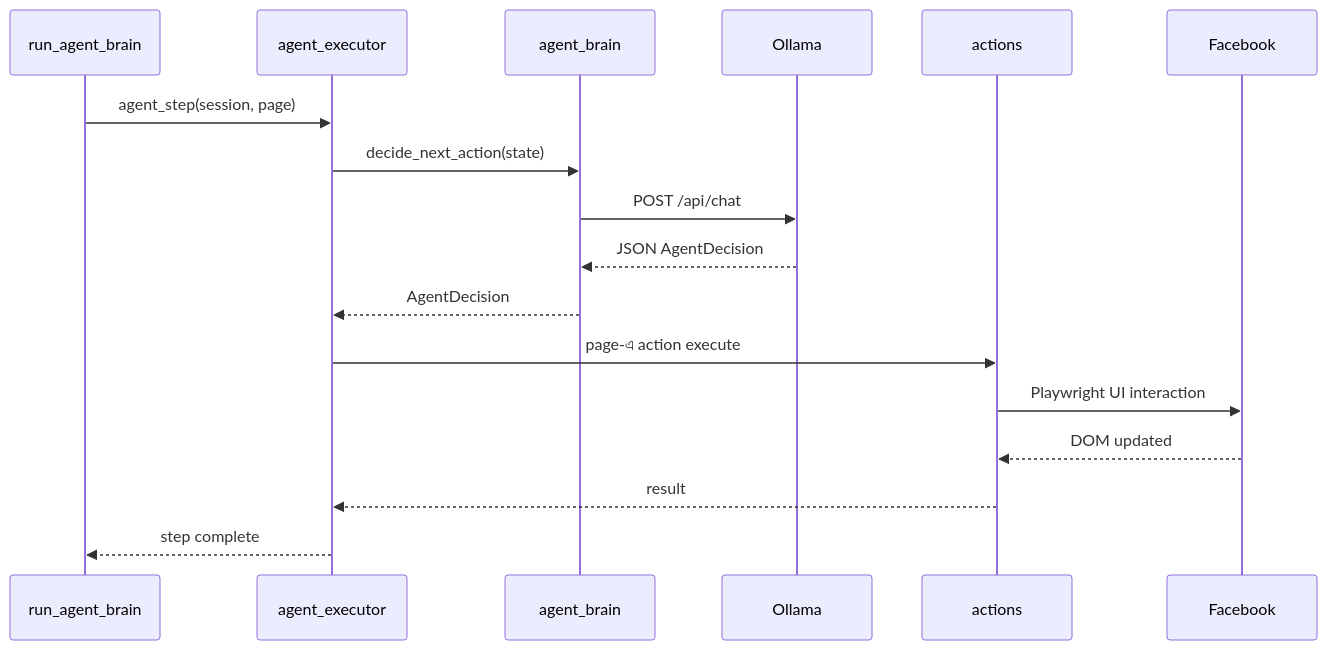
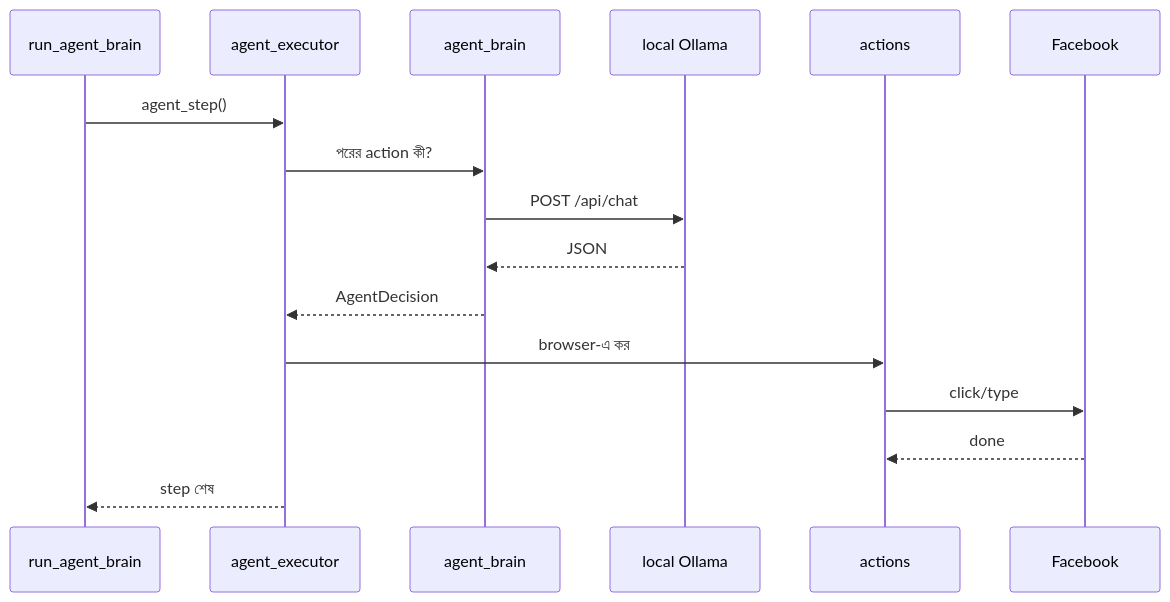
The third of 4 diagrams in docs/SYSTEM_DESIGN_BN.md (mohammad-al-samiul/facebook-bot), drawn with Mermaid before and after one commit. The commit also changed other lines of this file and 1 other file, not shown here.

````diff
--- a/docs/SYSTEM_DESIGN_BN.md
+++ b/docs/SYSTEM_DESIGN_BN.md
@@ -431,20 +381,19 @@
 ```mermaid
 sequenceDiagram
     participant R as run_agent_brain
     participant E as agent_executor
     participant B as agent_brain
-    participant O as Ollama
+    participant O as local Ollama
     participant A as actions
     participant F as Facebook
 
-    R->>E: agent_step(session, page)
-    E->>B: decide_next_action(state)
+    R->>E: agent_step()
+    E->>B: পরের action কী?
     B->>O: POST /api/chat
-    O-->>B: JSON AgentDecision
+    O-->>B: JSON
     B-->>E: AgentDecision
-    E->>A: page-এ action execute
-    A->>F: Playwright UI interaction
-    F-->>A: DOM updated
-    A-->>E: result
-    E-->>R: step complete
+    E->>A: browser-এ কর
+    A->>F: click/type
+    F-->>A: done
+    E-->>R: step শেষ
 ```
````
